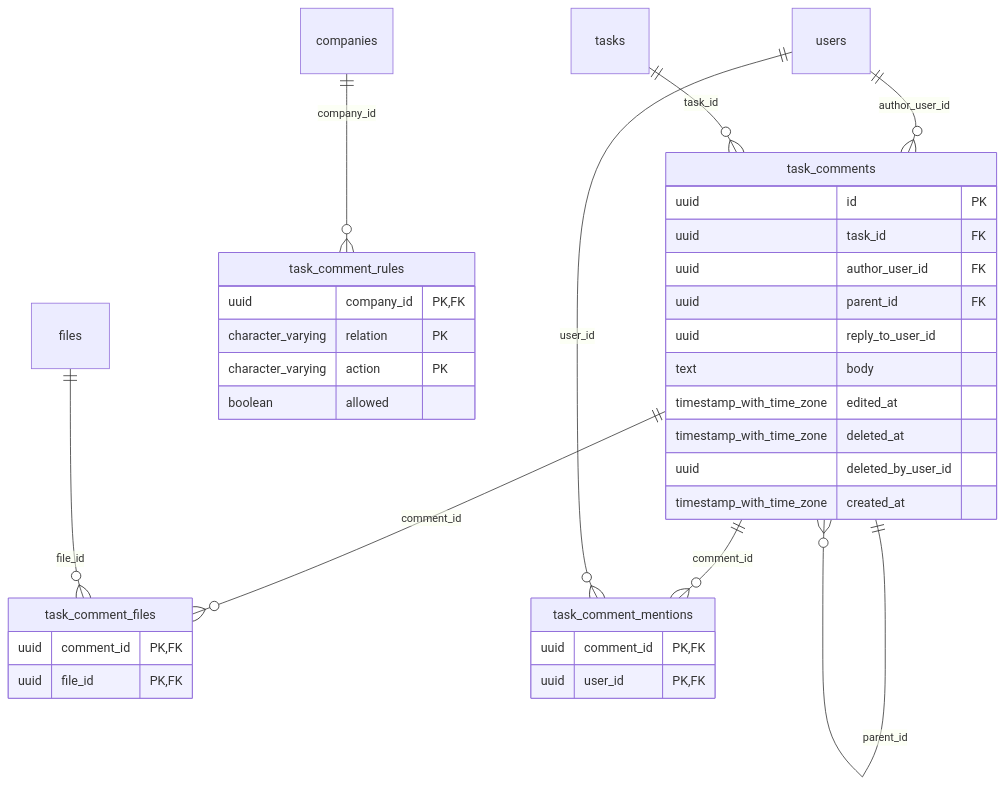
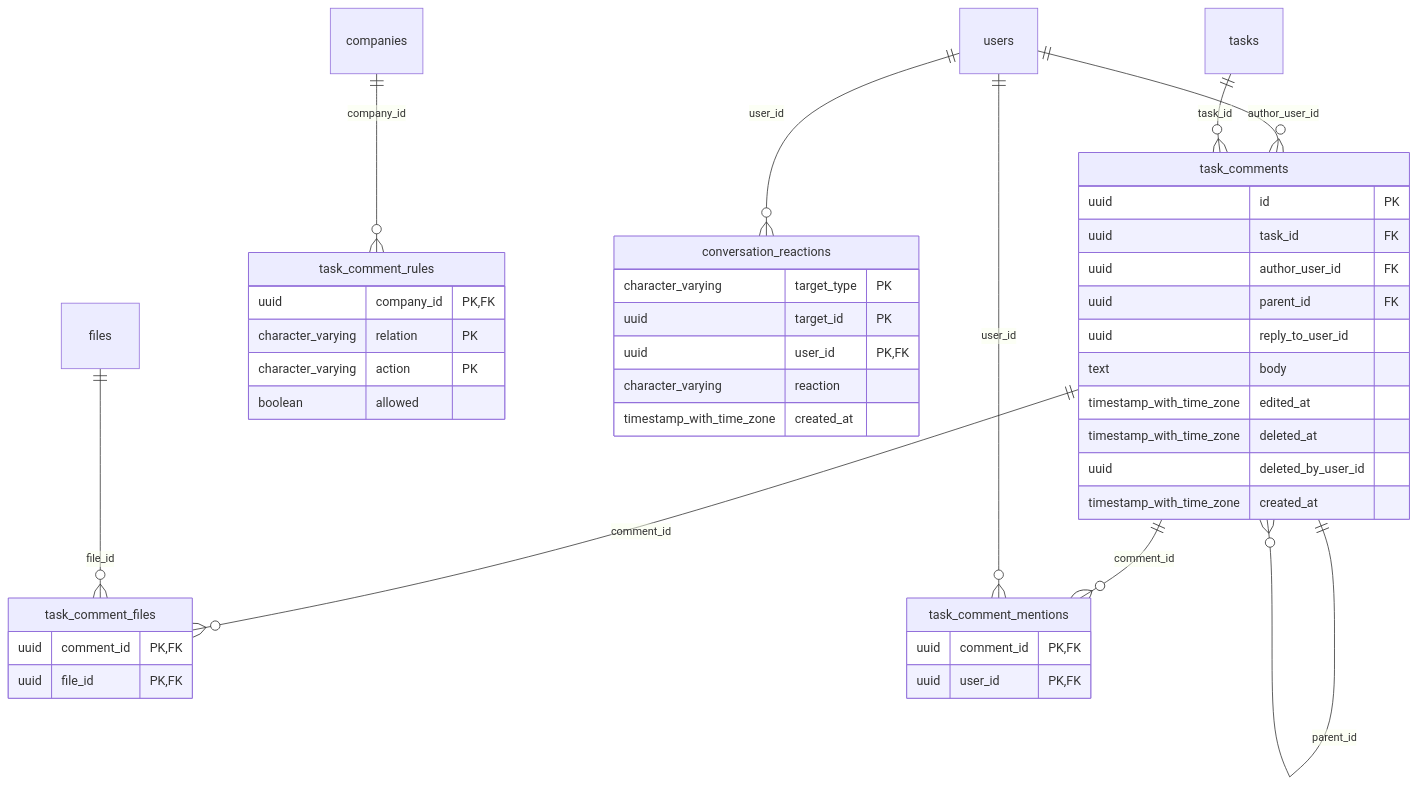
Before and after one commit to Arweqah-Company/arweqah_platform: the eighth of 11 diagrams in docs/database-design.md, drawn with Mermaid. The commit also changed other lines of this file and 12 other files, not shown here.

````diff
--- a/docs/database-design.md
+++ b/docs/database-design.md
@@ -940,37 +941,45 @@
 ```mermaid
 erDiagram
   task_comments {
     uuid id PK
     uuid task_id FK
     uuid author_user_id FK
     uuid parent_id FK
     uuid reply_to_user_id
     text body
     timestamp_with_time_zone edited_at
     timestamp_with_time_zone deleted_at
     uuid deleted_by_user_id
     timestamp_with_time_zone created_at
   }
   task_comment_files {
     uuid comment_id PK,FK
     uuid file_id PK,FK
   }
   task_comment_mentions {
     uuid comment_id PK,FK
     uuid user_id PK,FK
   }
   task_comment_rules {
     uuid company_id PK,FK
     character_varying relation PK
     character_varying action PK
     boolean allowed
   }
+  conversation_reactions {
+    character_varying target_type PK
+    uuid target_id PK
+    uuid user_id PK,FK
+    character_varying reaction
+    timestamp_with_time_zone created_at
+  }
+  users ||--o{ conversation_reactions : "user_id"
   users ||--o{ task_comments : "author_user_id"
   task_comments ||--o{ task_comments : "parent_id"
   tasks ||--o{ task_comments : "task_id"
   task_comments ||--o{ task_comment_files : "comment_id"
   files ||--o{ task_comment_files : "file_id"
   task_comments ||--o{ task_comment_mentions : "comment_id"
   users ||--o{ task_comment_mentions : "user_id"
   companies ||--o{ task_comment_rules : "company_id"
 ```
````
